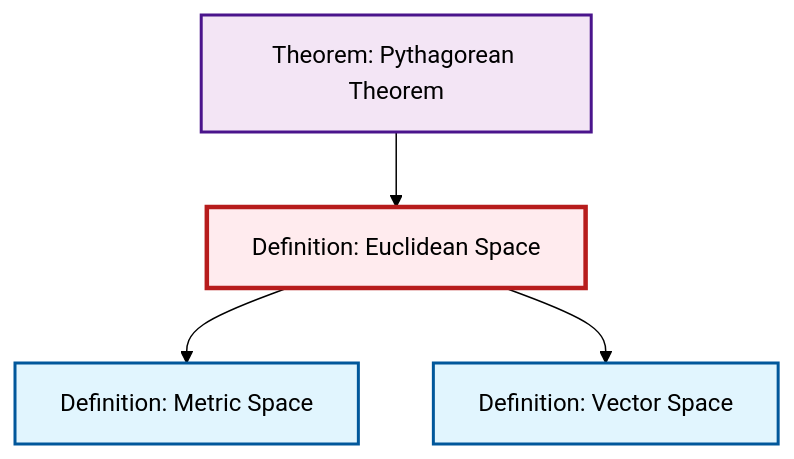
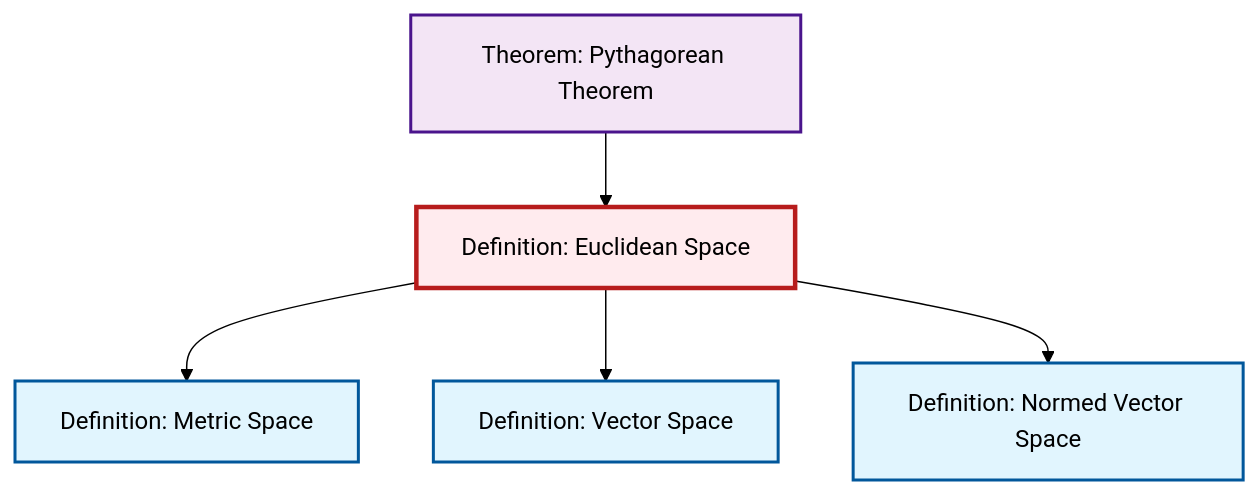
Before and after one commit to RK0429/ModernMath: the second of 2 diagrams in content/ja/geometry/def-euclidean-space.qmd, drawn with Mermaid (forest theme). The commit also changed other lines of this file and 17 other files, not shown here.

First line of the commit message:
feat: Add Hilbert space definition with comprehensive cross-references

````diff
--- a/content/ja/geometry/def-euclidean-space.qmd
+++ b/content/ja/geometry/def-euclidean-space.qmd
@@ -69,20 +70,23 @@
 ```{mermaid}
 %%| fig-cap: "Local dependency graph"
 graph TD
     classDef definition fill:#e1f5fe,stroke:#01579b,stroke-width:2px
     classDef theorem fill:#f3e5f5,stroke:#4a148c,stroke-width:2px
     classDef axiom fill:#fff3e0,stroke:#e65100,stroke-width:2px
     classDef example fill:#e8f5e9,stroke:#1b5e20,stroke-width:2px
     classDef current fill:#ffebee,stroke:#b71c1c,stroke-width:3px
     def-vector-space["Definition: Vector Space"]:::definition
+    def-normed-vector-space["Definition: Normed Vector Space"]:::definition
+    def-euclidean-space["Definition: Euclidean Space"]:::definition
+    def-metric-space["Definition: Metric Space"]:::definition
     thm-pythagorean["Theorem: Pythagorean Theorem"]:::theorem
-    def-metric-space["Definition: Metric Space"]:::definition
-    def-euclidean-space["Definition: Euclidean Space"]:::definition
     def-euclidean-space --> def-metric-space
+    thm-pythagorean --> def-euclidean-space
     def-euclidean-space --> def-vector-space
-    thm-pythagorean --> def-euclidean-space
+    def-euclidean-space --> def-normed-vector-space
     class def-euclidean-space current
     click def-vector-space "def-vector-space.html" "Definition: Vector Spaceへ"
+    click def-normed-vector-space "def-normed-vector-space.html" "Definition: Normed Vector Spaceへ"
+    click def-metric-space "def-metric-space.html" "Definition: Metric Spaceへ"
     click thm-pythagorean "thm-pythagorean.html" "Theorem: Pythagorean Theoremへ"
-    click def-metric-space "def-metric-space.html" "Definition: Metric Spaceへ"
 ```
````
